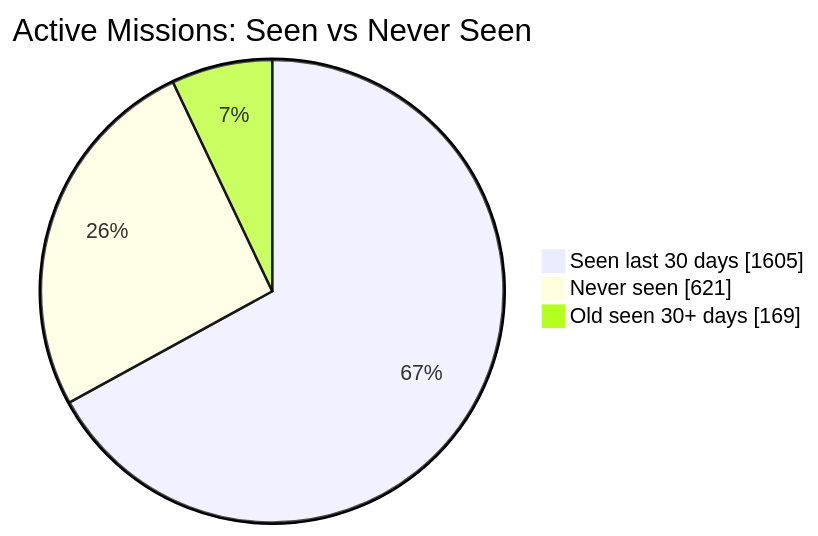
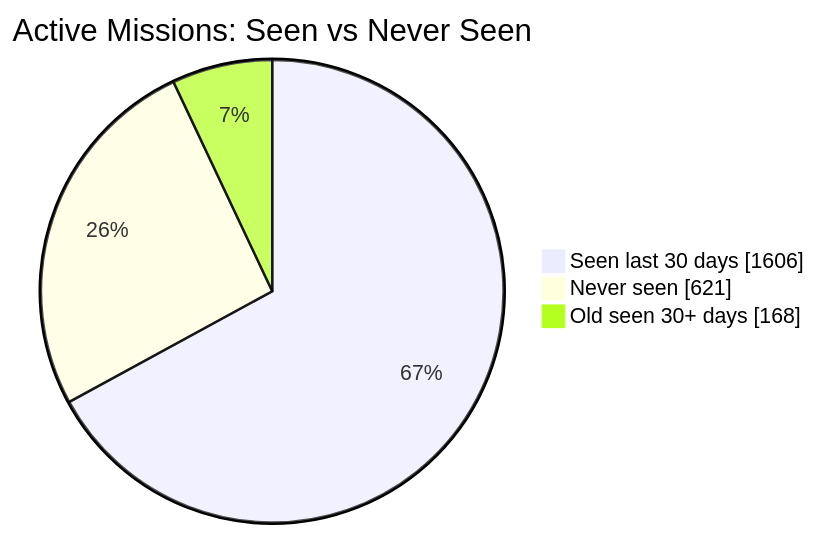
The first of 2 diagrams in README.md (MeldkamerspelGameTeam/active-missions), drawn with Mermaid before and after one commit. The commit also changed other lines of this file and 2 other files, not shown here.

````diff
--- a/README.md
+++ b/README.md
@@ -34,7 +34,7 @@
 ```mermaid
 pie showData
     title Active Missions: Seen vs Never Seen
-    "Seen last 30 days" : 1605
+    "Seen last 30 days" : 1606
     "Never seen" : 621
-    "Old seen 30+ days" : 169
+    "Old seen 30+ days" : 168
 ```
````
